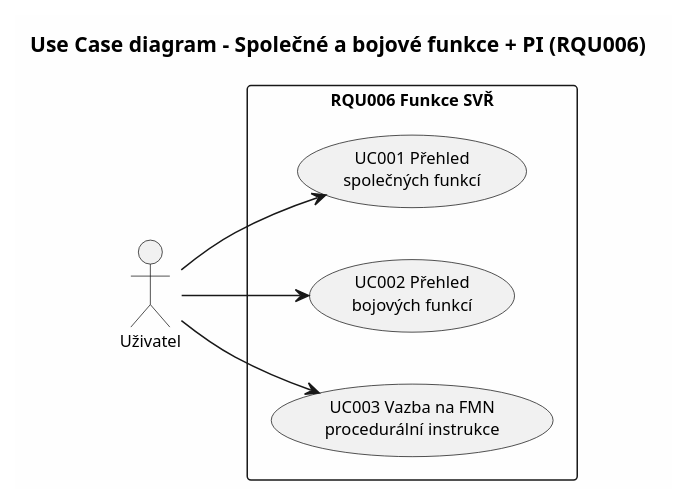
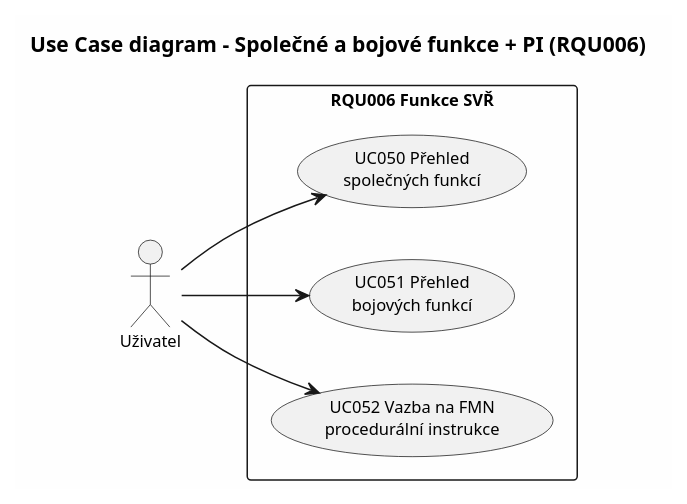
One commit to pvratny-droid/app.pvklok.eu changed the diagram in c3hub/RQU006 - Spolecne a bojove funkce/analyza-md/diagrams/uc_diagram.puml. Above: the diagram before and after it, drawn with PlantUML. The commit also changed 197 other files, not shown here.

```diff
--- a/c3hub/RQU006 - Spolecne a bojove funkce/analyza-md/diagrams/uc_diagram.puml
+++ b/c3hub/RQU006 - Spolecne a bojove funkce/analyza-md/diagrams/uc_diagram.puml
@@ -1,21 +1,21 @@
 @startuml UC_diagram
 skinparam defaultFontName "Segoe UI"
 skinparam defaultFontSize 11
 skinparam backgroundColor #FEFEFE
 left to right direction
 
 title Use Case diagram – Společné a bojové funkce + PI (RQU006)
 
 actor "Uživatel" as U
 
 rectangle "RQU006 Funkce SVŘ" {
-    usecase "UC001 Přehled\nspolečných funkcí" as UC001
-    usecase "UC002 Přehled\nbojových funkcí" as UC002
-    usecase "UC003 Vazba na FMN\nprocedurální instrukce" as UC003
+    usecase "UC050 Přehled\nspolečných funkcí" as UC050
+    usecase "UC051 Přehled\nbojových funkcí" as UC051
+    usecase "UC052 Vazba na FMN\nprocedurální instrukce" as UC052
 }
 
-U --> UC001
-U --> UC002
-U --> UC003
+U --> UC050
+U --> UC051
+U --> UC052
 
 @enduml
```
